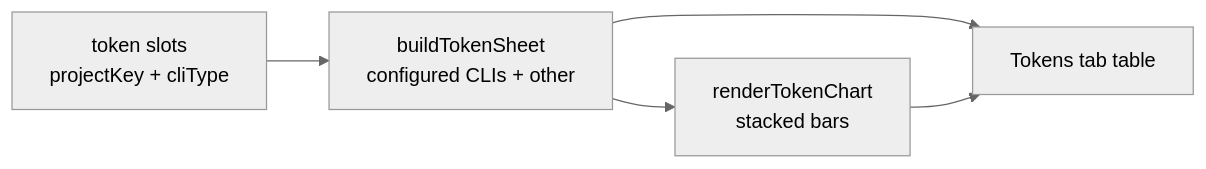
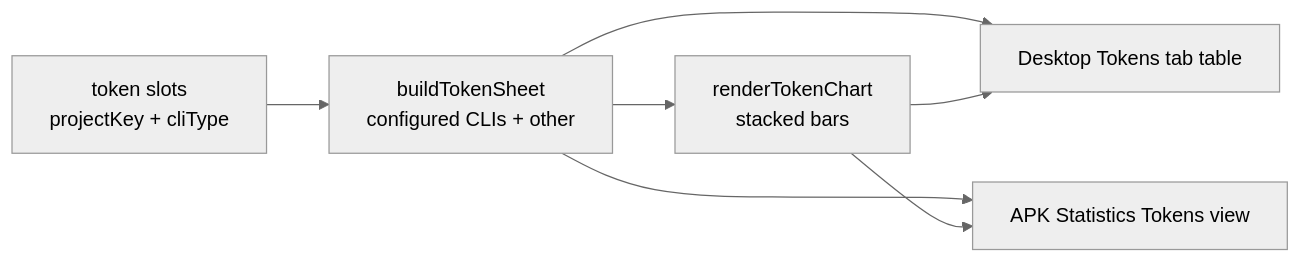
The third of 3 diagrams in docs/time-tracking.md (PetePeter/helm), drawn with Mermaid (neutral theme) before and after one commit. The commit also changed other lines of this file and 13 other files, not shown here.

First line of the commit message:
feat(mobile): Statistics screen with Timesheet and Tokens views

````diff
--- a/docs/time-tracking.md
+++ b/docs/time-tracking.md
@@ -71,7 +76,9 @@
 ```mermaid
 flowchart LR
   S[token slots<br/>projectKey + cliType] --> B[buildTokenSheet<br/>configured CLIs + other]
   B --> C[renderTokenChart<br/>stacked bars]
-  B --> T[Tokens tab table]
+  B --> T[Desktop Tokens tab table]
   C --> T
+  B --> A[APK Statistics Tokens view]
+  C --> A
 ```
````
